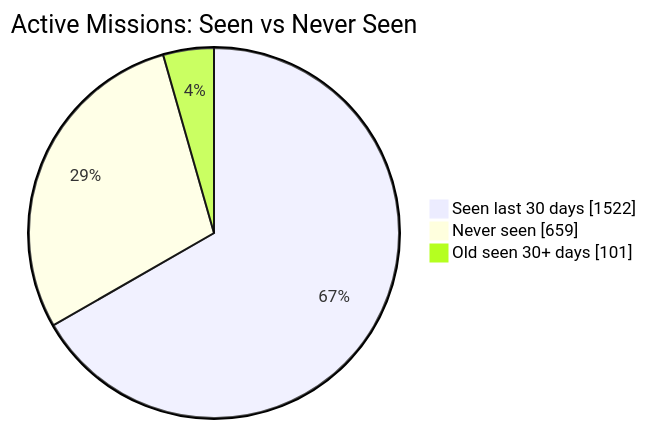
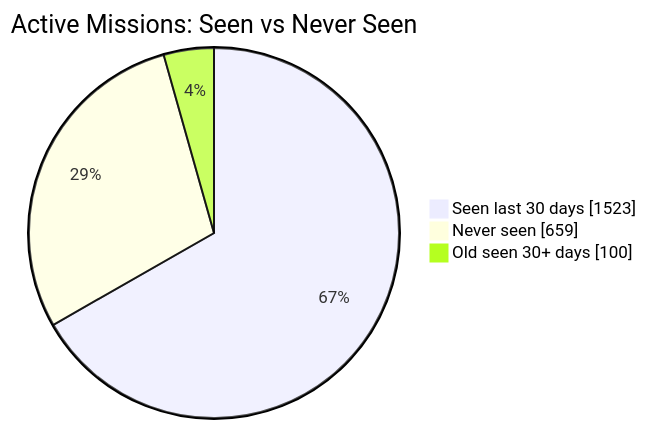
One commit to MeldkamerspelGameTeam/active-missions changed the first of 2 diagrams in README.md. Above: the diagram before and after it, drawn with Mermaid. The commit also changed other lines of this file and 2 other files, not shown here.

````diff
--- a/README.md
+++ b/README.md
@@ -34,7 +34,7 @@
 ```mermaid
 pie showData
     title Active Missions: Seen vs Never Seen
-    "Seen last 30 days" : 1522
+    "Seen last 30 days" : 1523
     "Never seen" : 659
-    "Old seen 30+ days" : 101
+    "Old seen 30+ days" : 100
 ```
````
